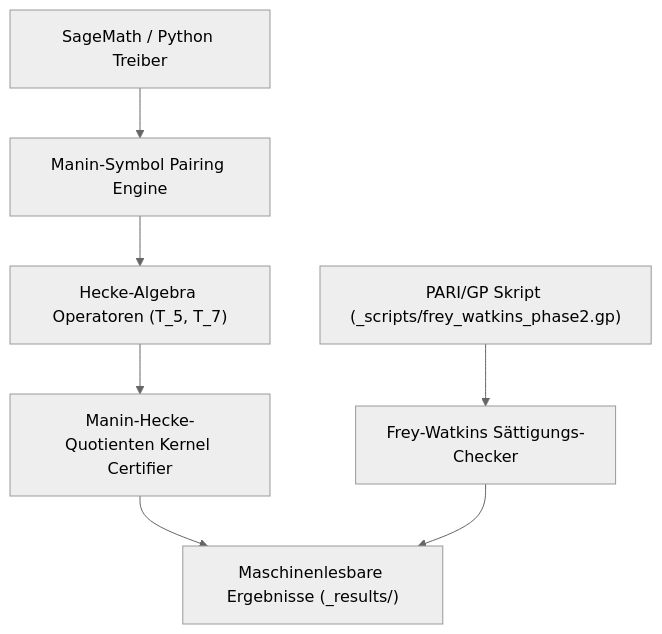
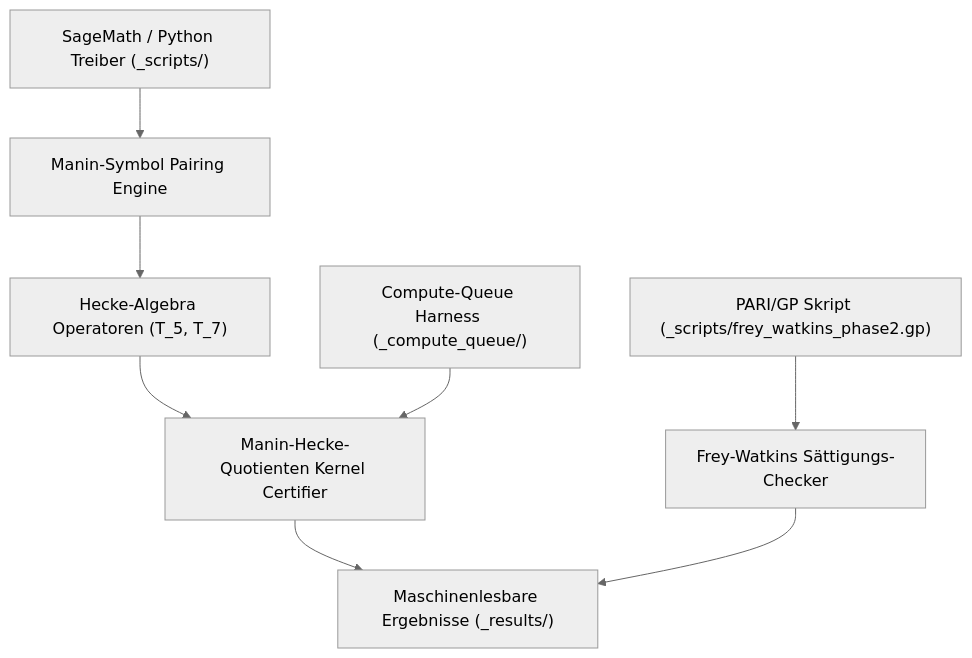
Before and after one commit to research-line/abc-hct: the first of 2 diagrams in README_de.md, drawn with Mermaid (neutral theme). The commit also changed other lines of this file and 8 other files, not shown here.

````diff
--- a/README_de.md
+++ b/README_de.md
@@ -38,9 +82,10 @@
 ```mermaid
 graph TD
-    A["SageMath / Python Treiber"] --> B["Manin-Symbol Pairing Engine"]
+    A["SageMath / Python Treiber (_scripts/)"] --> B["Manin-Symbol Pairing Engine"]
     B --> C["Hecke-Algebra Operatoren (T_5, T_7)"]
     C --> D["Manin-Hecke-Quotienten Kernel Certifier"]
     D --> E["Maschinenlesbare Ergebnisse (_results/)"]
     F["PARI/GP Skript (_scripts/frey_watkins_phase2.gp)"] --> G["Frey-Watkins Sättigungs-Checker"]
     G --> E
+    H["Compute-Queue Harness (_compute_queue/)"] --> D
 ```
````
